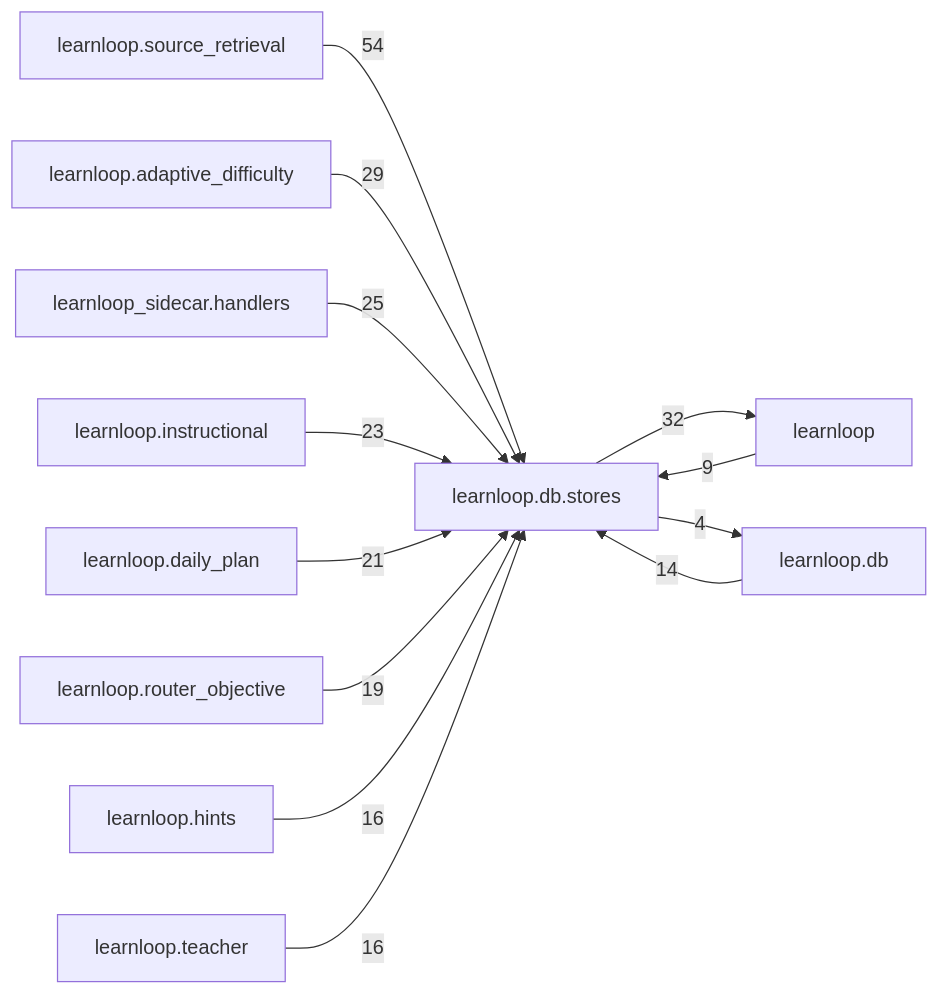
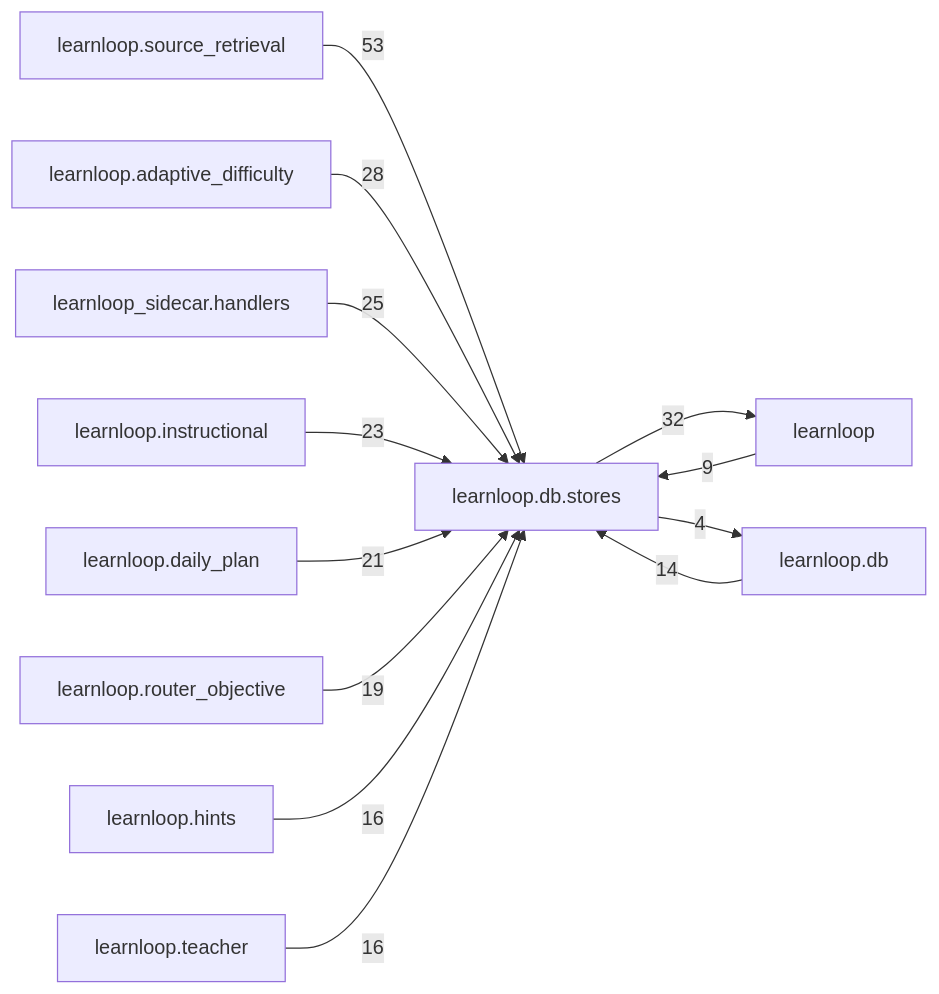
Before and after one commit to 6up-b/learnanything: the diagram in docs/learnloop-architecture-vault/Reference/Modules/learnloop/db/stores/_package.md, drawn with Mermaid. The commit also changed other lines of this file and 209 other files, not shown here.

````diff
--- a/docs/learnloop-architecture-vault/Reference/Modules/learnloop/db/stores/_package.md
+++ b/docs/learnloop-architecture-vault/Reference/Modules/learnloop/db/stores/_package.md
@@ -217,26 +217,26 @@
 ```mermaid
 flowchart LR
     center["learnloop.db.stores"]
     n_learnloop_source_retrieval["learnloop.source_retrieval"]
     n_learnloop["learnloop"]
     n_learnloop_adaptive_difficulty["learnloop.adaptive_difficulty"]
     n_learnloop_sidecar_handlers["learnloop_sidecar.handlers"]
     n_learnloop_instructional["learnloop.instructional"]
     n_learnloop_daily_plan["learnloop.daily_plan"]
     n_learnloop_router_objective["learnloop.router_objective"]
     n_learnloop_db["learnloop.db"]
     n_learnloop_hints["learnloop.hints"]
     n_learnloop_teacher["learnloop.teacher"]
-    n_learnloop_source_retrieval -->|54| center
+    n_learnloop_source_retrieval -->|53| center
     n_learnloop -->|9| center
     center -->|32| n_learnloop
-    n_learnloop_adaptive_difficulty -->|29| center
+    n_learnloop_adaptive_difficulty -->|28| center
     n_learnloop_sidecar_handlers -->|25| center
     n_learnloop_instructional -->|23| center
     n_learnloop_daily_plan -->|21| center
     n_learnloop_router_objective -->|19| center
     n_learnloop_db -->|14| center
     center -->|4| n_learnloop_db
     n_learnloop_hints -->|16| center
     n_learnloop_teacher -->|16| center
 ```
````
